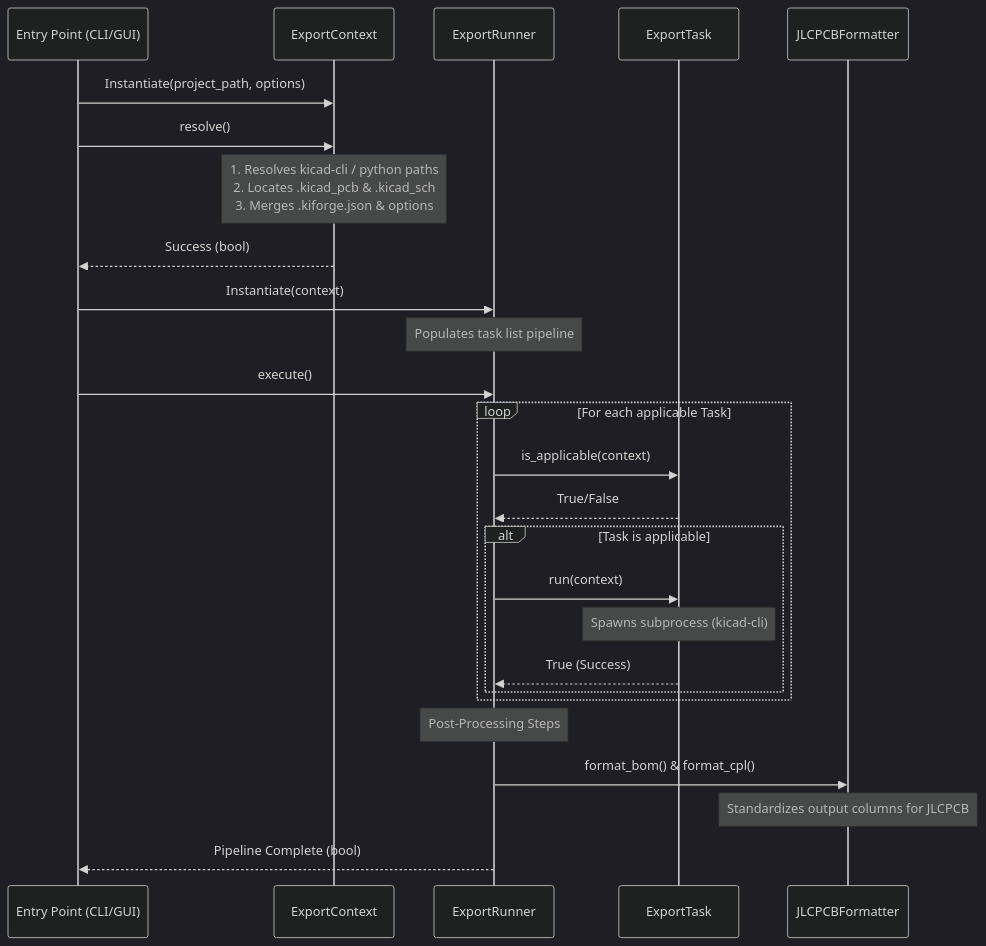
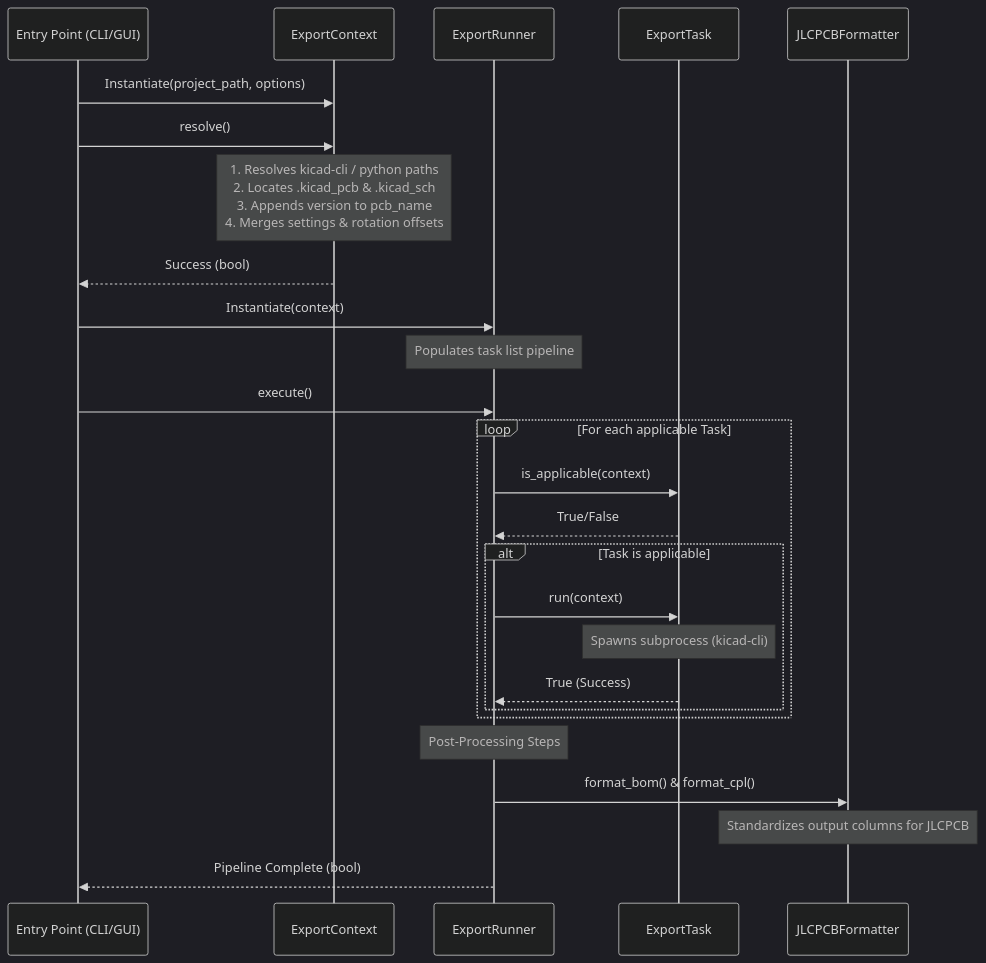
The second of 2 diagrams in ARCHITECTURE.md (alphaseneca/kiforge), drawn with Mermaid (dark theme) before and after one commit. The commit also changed other lines of this file and 19 other files, not shown here.

````diff
--- a/ARCHITECTURE.md
+++ b/ARCHITECTURE.md
@@ -51,33 +51,33 @@
 ```mermaid
 sequenceDiagram
     participant User as Entry Point (CLI/GUI)
     participant Context as ExportContext
     participant Runner as ExportRunner
     participant Task as ExportTask
     participant Formatter as JLCPCBFormatter
 
     User->>Context: Instantiate(project_path, options)
     User->>Context: resolve()
-    Note over Context: 1. Resolves kicad-cli / python paths<br/>2. Locates .kicad_pcb & .kicad_sch<br/>3. Merges .kiforge.json & options
+    Note over Context: 1. Resolves kicad-cli / python paths<br/>2. Locates .kicad_pcb & .kicad_sch<br/>3. Appends version to pcb_name<br/>4. Merges settings & rotation offsets
     Context-->>User: Success (bool)
     
     User->>Runner: Instantiate(context)
     Note over Runner: Populates task list pipeline
     User->>Runner: execute()
     
     loop For each applicable Task
         Runner->>Task: is_applicable(context)
         Task-->>Runner: True/False
         alt Task is applicable
             Runner->>Task: run(context)
             Note over Task: Spawns subprocess (kicad-cli)
             Task-->>Runner: True (Success)
         end
     end
     
     Note over Runner: Post-Processing Steps
     Runner->>Formatter: format_bom() & format_cpl()
     Note over Formatter: Standardizes output columns for JLCPCB
     
     Runner-->>User: Pipeline Complete (bool)
 ```
````
